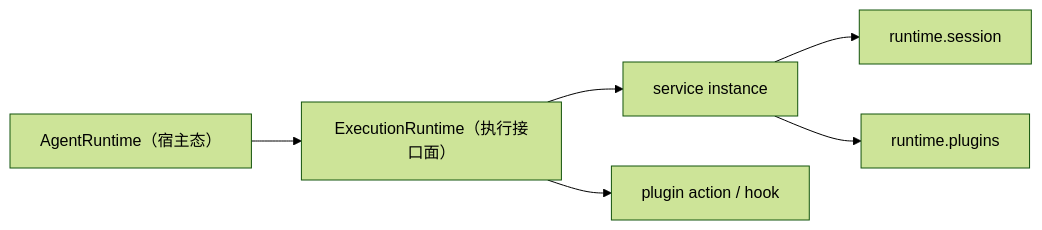
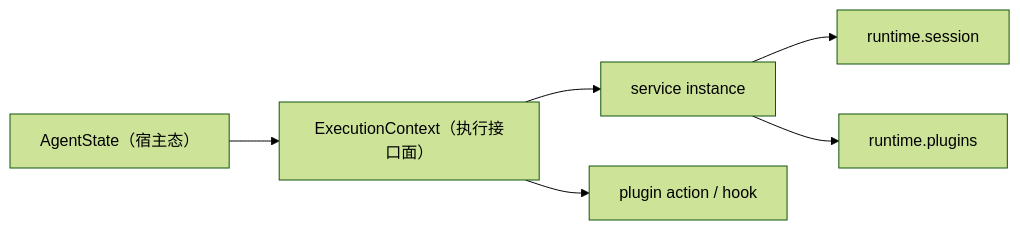
One commit to wangenius/downcity changed the third of 3 diagrams in devdocs/service-and-plugin.md. Above: the diagram before and after it, drawn with Mermaid (forest theme). The commit also changed other lines of this file and 168 other files, not shown here.

````diff
--- a/devdocs/service-and-plugin.md
+++ b/devdocs/service-and-plugin.md
@@ -223,8 +223,8 @@
 ```mermaid
 flowchart LR
-  Agent["AgentRuntime（宿主态）"] --> Runtime["ExecutionRuntime（执行接口面）"]
+  Agent["AgentState（宿主态）"] --> Runtime["ExecutionContext（执行接口面）"]
   Runtime --> Service["service instance"]
   Runtime --> Plugin["plugin action / hook"]
   Service --> Session["runtime.session"]
   Service --> Plugins["runtime.plugins"]
 ```
````
